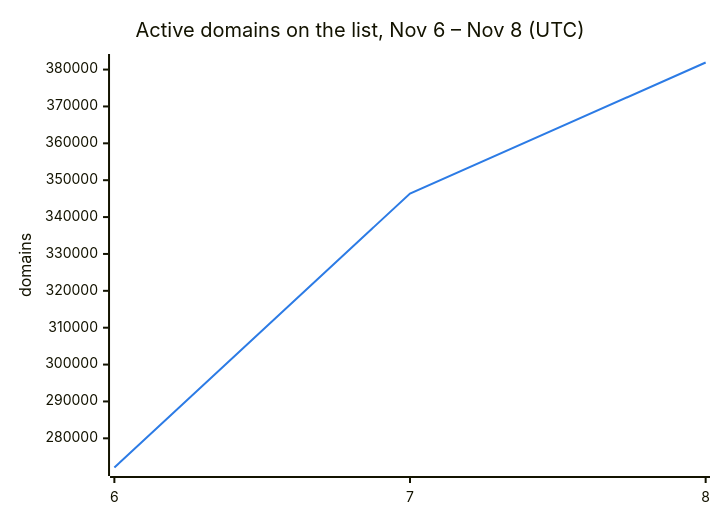
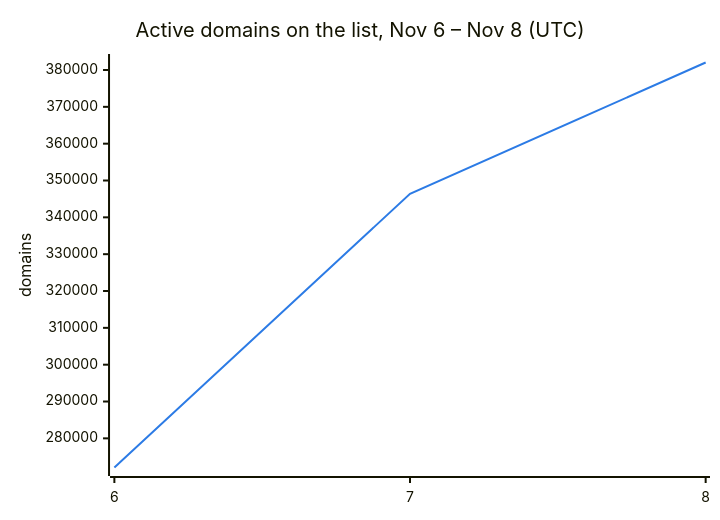
The second of 3 diagrams in README.md (DNSBunker/CTI), drawn with Mermaid before and after one commit. The commit also changed other lines of this file and 3 other files, not shown here.

````diff
--- a/README.md
+++ b/README.md
@@ -38,8 +38,8 @@
 ```mermaid
 %%{init: {"themeVariables": {"xyChart": {"plotColorPalette": "#2c7be5"}}}}%%
 xychart-beta
     title "Active domains on the list, Nov 6 – Nov 8 (UTC)"
     x-axis ["6", "7", "8"]
     y-axis "domains"
-    line [272088, 346388, 381917]
+    line [272088, 346388, 382037]
 ```
````
